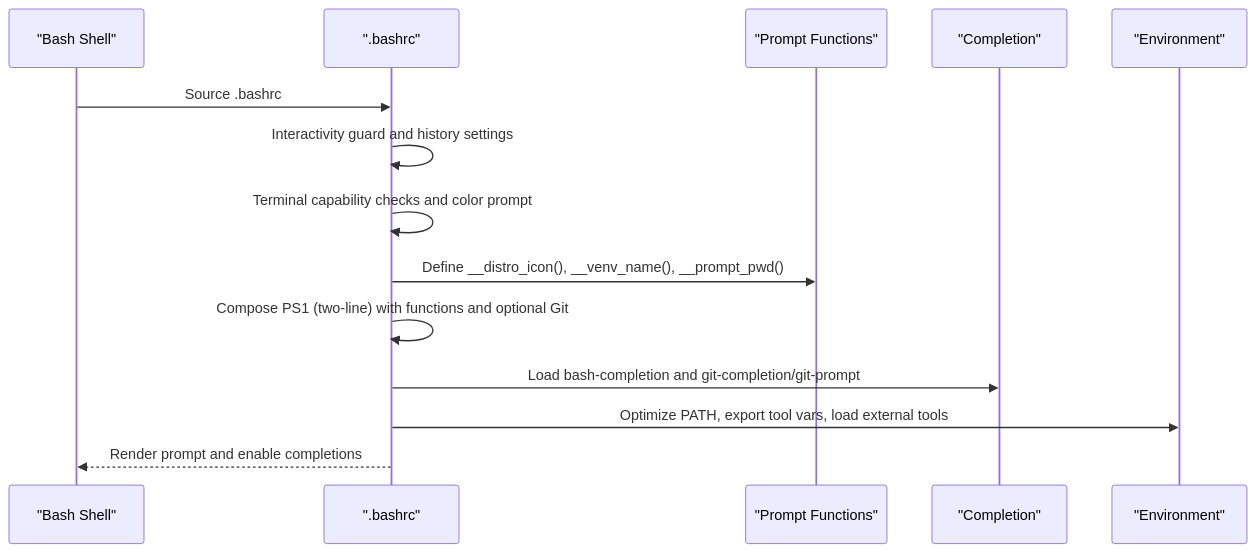
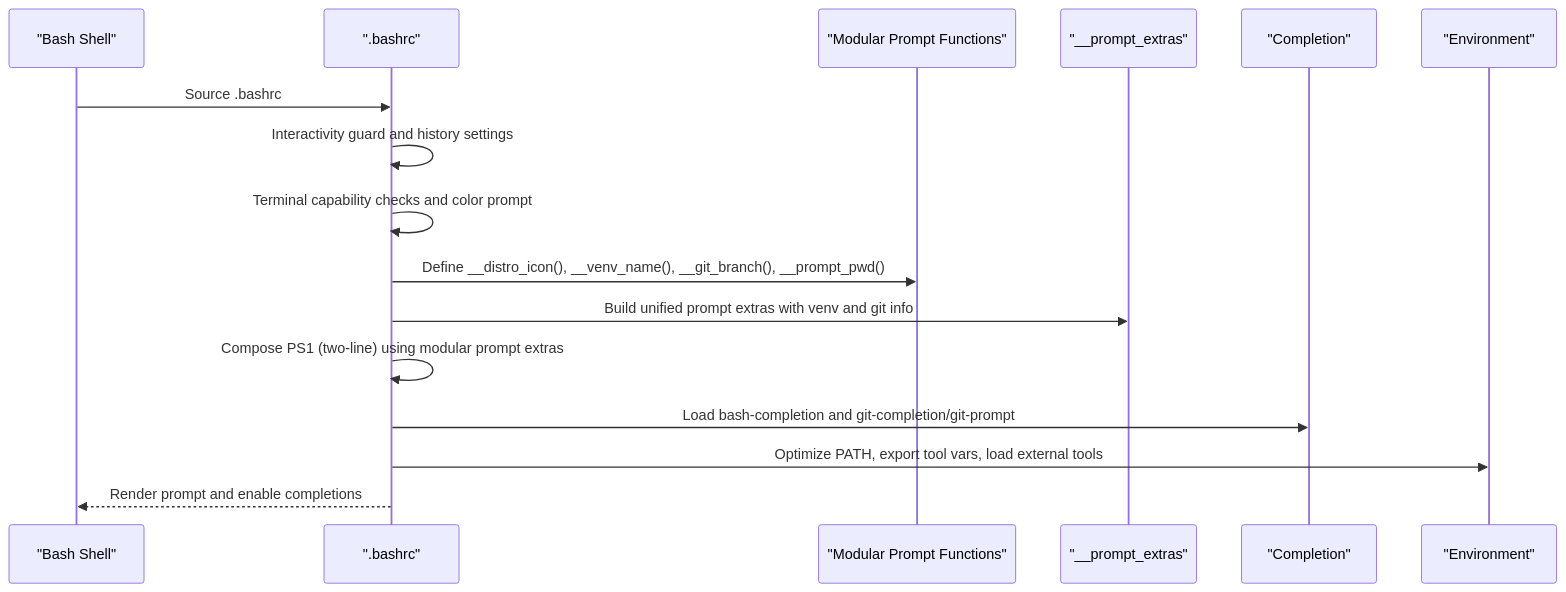
The second of 8 diagrams in .qoder/repowiki/en/content/Shell Configurations/Bash Configuration.md (cr8ivecodesmith/dotfiles), drawn with Mermaid before and after one commit. The commit also changed other lines of this file and 5 other files, not shown here.

````diff
--- a/.qoder/repowiki/en/content/Shell Configurations/Bash Configuration.md
+++ b/.qoder/repowiki/en/content/Shell Configurations/Bash Configuration.md
@@ -77,16 +85,18 @@
 ```mermaid
 sequenceDiagram
 participant Shell as "Bash Shell"
 participant RC as ".bashrc"
-participant Func as "Prompt Functions"
+participant Func as "Modular Prompt Functions"
+participant Extras as "__prompt_extras"
 participant Comp as "Completion"
 participant Env as "Environment"
 Shell->>RC : Source .bashrc
 RC->>RC : Interactivity guard and history settings
 RC->>RC : Terminal capability checks and color prompt
-RC->>Func : Define __distro_icon(), __venv_name(), __prompt_pwd()
-RC->>RC : Compose PS1 (two-line) with functions and optional Git
+RC->>Func : Define __distro_icon(), __venv_name(), __git_branch(), __prompt_pwd()
+RC->>Extras : Build unified prompt extras with venv and git info
+RC->>RC : Compose PS1 (two-line) using modular prompt extras
 RC->>Comp : Load bash-completion and git-completion/git-prompt
 RC->>Env : Optimize PATH, export tool vars, load external tools
 RC-->>Shell : Render prompt and enable completions
 ```
````
